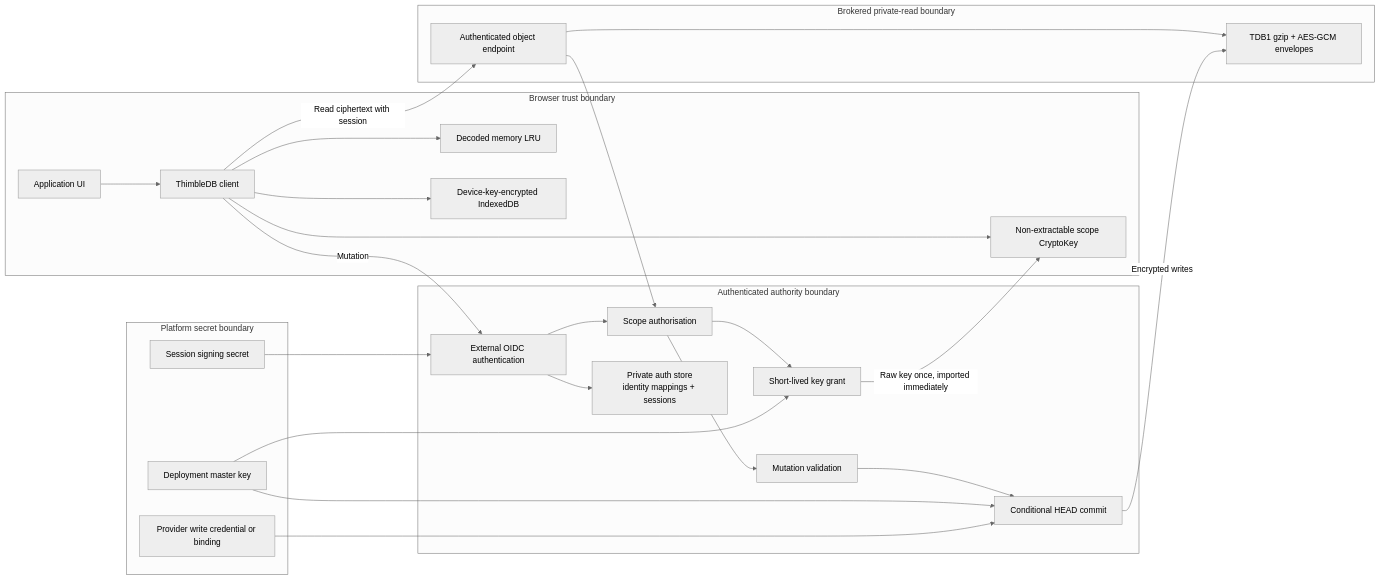
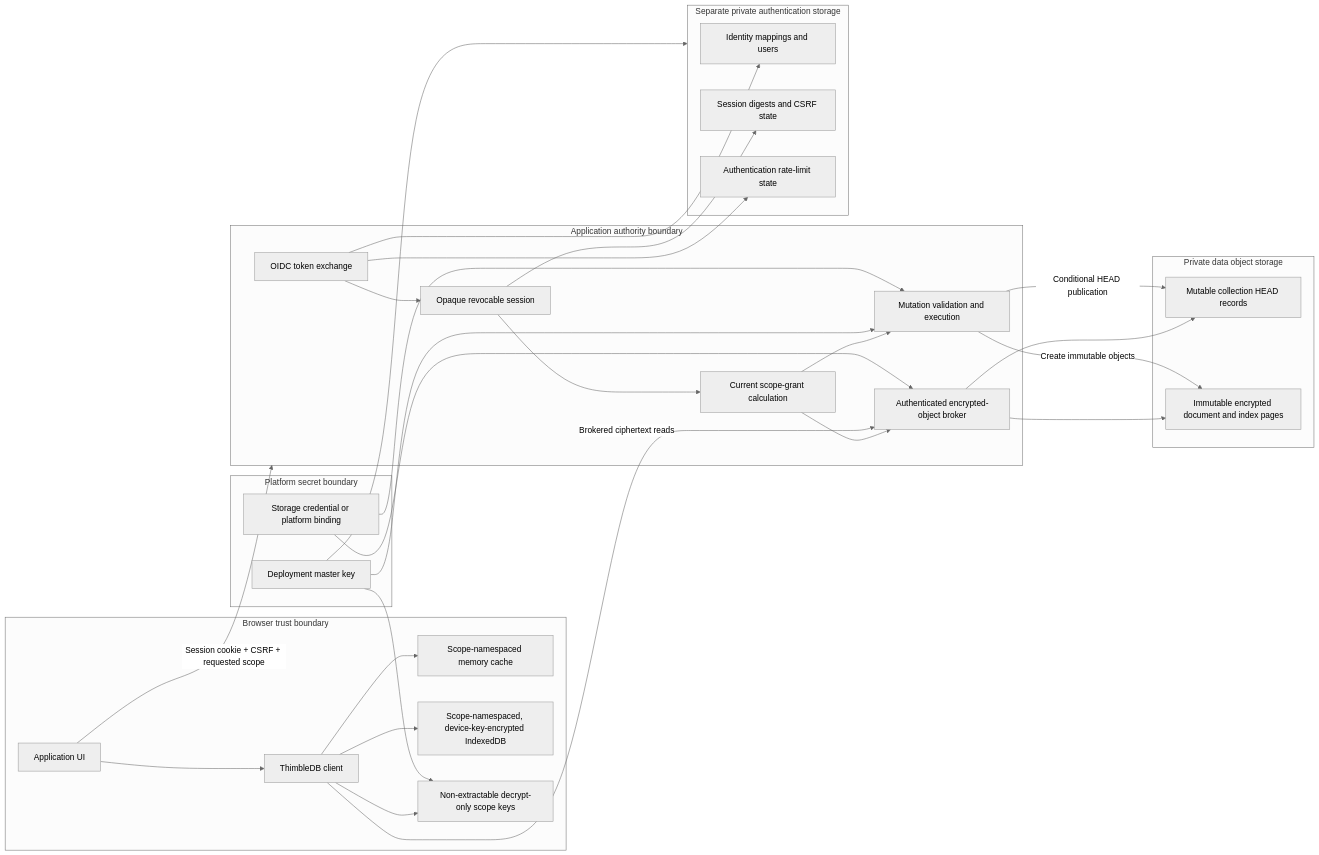
Before and after one commit to Jason-Doyle/thimble: the first of 12 diagrams in docs/DIAGRAMS.md, drawn with Mermaid (neutral theme). The commit also changed other lines of this file and 96 other files, not shown here.

````diff
--- a/docs/DIAGRAMS.md
+++ b/docs/DIAGRAMS.md
@@ -7,52 +8,59 @@
 ```mermaid
 flowchart LR
   subgraph Browser["Browser trust boundary"]
     UI["Application UI"]
     Client["ThimbleDB client"]
-    Memory["Decoded memory LRU"]
-    IDB["Device-key-encrypted IndexedDB"]
-    ScopeKey["Non-extractable scope CryptoKey"]
+    Memory["Scope-namespaced memory cache"]
+    IDB["Scope-namespaced, device-key-encrypted IndexedDB"]
+    ReadKeys["Non-extractable decrypt-only scope keys"]
 
     UI --> Client
     Client --> Memory
     Client --> IDB
-    Client --> ScopeKey
+    Client --> ReadKeys
   end
 
-  subgraph BrokeredRead["Brokered private-read boundary"]
-    CDN["Authenticated object endpoint"]
-    Objects["TDB1 gzip + AES-GCM envelopes"]
-    CDN --> Objects
+  subgraph Authority["Application authority boundary"]
+    Exchange["OIDC token exchange"]
+    Session["Opaque revocable session"]
+    Authorizer["Current scope-grant calculation"]
+    Broker["Authenticated encrypted-object broker"]
+    Mutation["Mutation validation and execution"]
+
+    Exchange --> Session
+    Session --> Authorizer
+    Authorizer --> Broker
+    Authorizer --> Mutation
   end
 
-  subgraph Authority["Authenticated authority boundary"]
-    Auth["External OIDC authentication"]
-    Authorise["Scope authorisation"]
-    KeyGrant["Short-lived key grant"]
-    Validate["Mutation validation"]
-    Commit["Conditional HEAD commit"]
-    AuthStore["Private auth store<br/>identity mappings + sessions"]
-
-    Auth --> AuthStore
-    Auth --> Authorise
-    Authorise --> KeyGrant
-    Authorise --> Validate
-    Validate --> Commit
+  subgraph DataStore["Private data object storage"]
+    Heads["Mutable collection HEAD records"]
+    Pages["Immutable encrypted document and index pages"]
   end
 
-  subgraph Secrets["Platform secret boundary"]
-    Master["Deployment master key"]
-    Session["Session signing secret"]
-    WriteCreds["Provider write credential or binding"]
+  subgraph AuthStore["Separate private authentication storage"]
+    Identities["Identity mappings and users"]
+    Sessions["Session digests and CSRF state"]
+    Limits["Authentication rate-limit state"]
   end
 
-  Client -- "Read ciphertext with session" --> CDN
-  CDN --> Authorise
-  Client -- "Mutation" --> Auth
-  KeyGrant -- "Raw key once, imported immediately" --> ScopeKey
-  Commit -- "Encrypted writes" --> Objects
-  Master --> KeyGrant
-  Master --> Commit
-  Session --> Auth
-  WriteCreds --> Commit
+  subgraph Platform["Platform secret boundary"]
+    Master["Deployment master key"]
+    Provider["Storage credential or platform binding"]
+  end
+
+  UI -- "Session cookie + CSRF + requested scope" --> Authority
+  Client -- "Brokered ciphertext reads" --> Broker
+  Broker --> Heads
+  Broker --> Pages
+  Mutation -- "Create immutable objects" --> Pages
+  Mutation -- "Conditional HEAD publication" --> Heads
+  Exchange --> Identities
+  Session --> Sessions
+  Exchange --> Limits
+  Master --> Mutation
+  Master --> ReadKeys
+  Master --> AuthStore
+  Provider --> Broker
+  Provider --> Mutation
 ```
````
